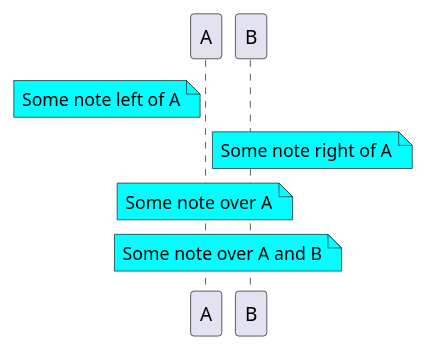
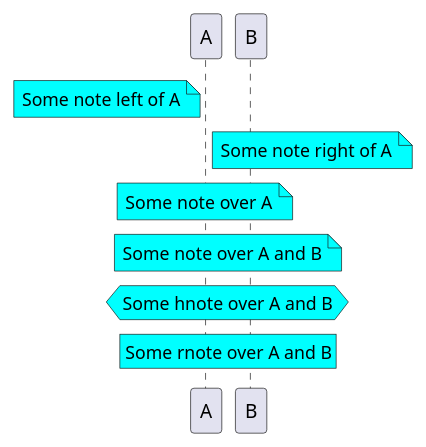
One commit to aelfimow/plantuml-tut changed the diagram in sequence-diag/e.plantuml. Above: the diagram before and after it, drawn with PlantUML.

Commit message:
hnote, rnote

```diff
--- a/sequence-diag/e.plantuml
+++ b/sequence-diag/e.plantuml
@@ -1,22 +1,30 @@
 @startuml
 
 participant A
 participant B
 
 note left of A #aqua
 	Some note left of A
 end note
 
 note right of A #aqua
 	Some note right of A
 end note
 
 note over A #aqua
 	Some note over A
 end note
 
 note over A, B #aqua
 	Some note over A and B
 end note
 
+hnote over A, B #aqua
+	Some hnote over A and B
+end hnote
+
+rnote over A, B #aqua
+	Some rnote over A and B
+end rnote
+
 @enduml
```
